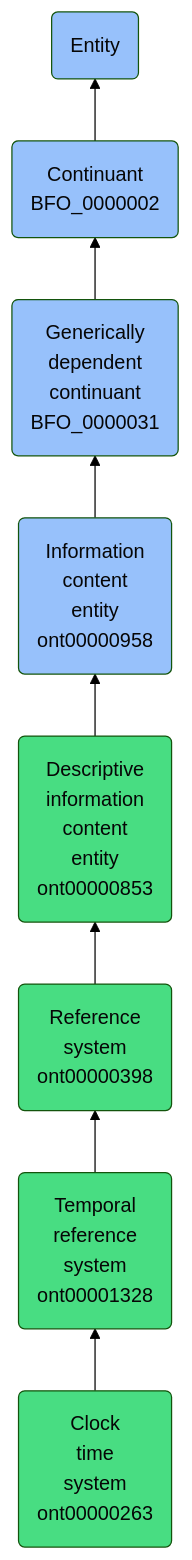
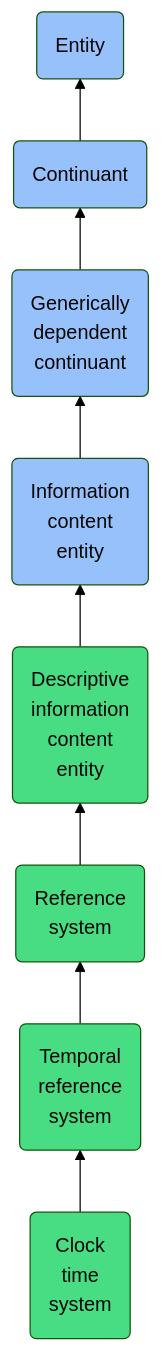
The diagram in docs/ontology/reference/model/Entity/Continuant/Generically dependent continuant/Information content entity/Descriptive information content entity/Reference system/Temporal reference system/Clock time system/Clock time system.md (jupyter-naas/abi), drawn with Mermaid (forest theme) before and after one commit. The commit also changed other lines of this file and 1430 other files, not shown here.

````diff
--- a/docs/ontology/reference/model/Entity/Continuant/Generically dependent continuant/Information content entity/Descriptive information content entity/Reference system/Temporal reference system/Clock time system/Clock time system.md
+++ b/docs/ontology/reference/model/Entity/Continuant/Generically dependent continuant/Information content entity/Descriptive information content entity/Reference system/Temporal reference system/Clock time system/Clock time system.md
@@ -24,15 +24,15 @@
 ```mermaid
 graph BT
-    ont00000263(Clock<br>time<br>system<br>ont00000263):::ABI-->ont00001328
-    ont00001328(Temporal<br>reference<br>system<br>ont00001328):::ABI-->ont00000398
-    ont00000398(Reference<br>system<br>ont00000398):::ABI-->ont00000853
-    ont00000853(Descriptive<br>information<br>content<br>entity<br>ont00000853):::ABI-->ont00000958
-    ont00000958(Information<br>content<br>entity<br>ont00000958):::BFO-->BFO_0000031
-    BFO_0000031(Generically<br>dependent<br>continuant<br>BFO_0000031):::BFO-->BFO_0000002
-    BFO_0000002(Continuant<br>BFO_0000002):::BFO-->BFO_0000001
+    ont00000263(Clock<br>time<br>system):::ABI-->ont00001328
+    ont00001328(Temporal<br>reference<br>system):::ABI-->ont00000398
+    ont00000398(Reference<br>system):::ABI-->ont00000853
+    ont00000853(Descriptive<br>information<br>content<br>entity):::ABI-->ont00000958
+    ont00000958(Information<br>content<br>entity):::BFO-->BFO_0000031
+    BFO_0000031(Generically<br>dependent<br>continuant):::BFO-->BFO_0000002
+    BFO_0000002(Continuant):::BFO-->BFO_0000001
     BFO_0000001(Entity):::BFO
     
     classDef BFO fill:#97c1fb,color:#060606
     classDef CCO fill:#e4c51e,color:#060606
     classDef ABI fill:#48DD82,color:#060606
 ```
````
